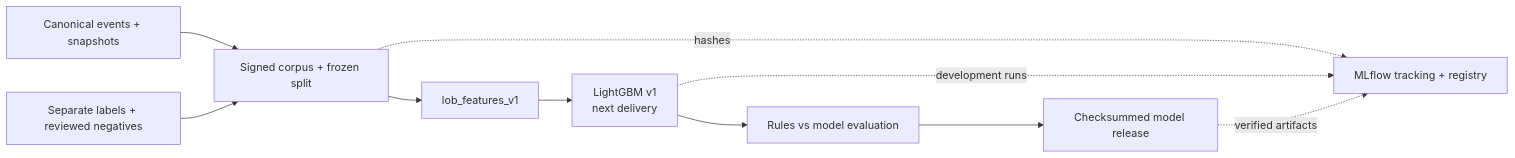
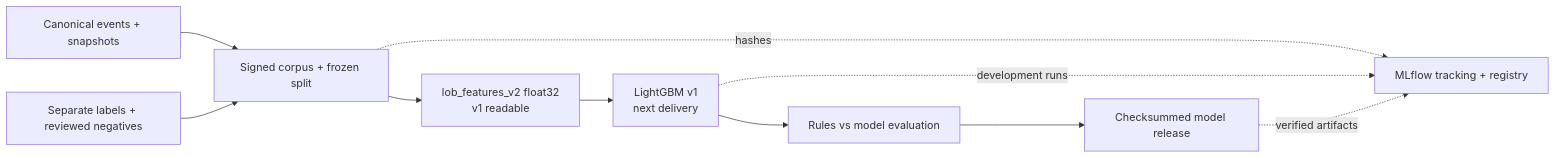
The third of 3 diagrams in docs/runtime-model.md (khab40/lob-arena), drawn with Mermaid before and after one commit. The commit also changed 34 other files, not shown here.

Commit message:
feat(ml): add governed float32 feature schema v2

````diff
--- a/docs/runtime-model.md
+++ b/docs/runtime-model.md
@@ -217,21 +217,21 @@
 ```mermaid
 graph LR
     Events["Canonical events + snapshots"]
     Truth["Separate labels + reviewed negatives"]
     Corpus["Signed corpus + frozen split"]
-    Features["lob_features_v1"]
+    Features["lob_features_v2 float32<br/>v1 readable"]
     Model["LightGBM v1<br/>next delivery"]
     Evaluation["Rules vs model evaluation"]
     Release["Checksummed model release"]
     MLflow["MLflow tracking + registry"]
 
     Events --> Corpus
     Truth --> Corpus
     Corpus --> Features
     Features --> Model
     Model --> Evaluation
     Evaluation --> Release
     Corpus -. "hashes" .-> MLflow
     Model -. "development runs" .-> MLflow
     Release -. "verified artifacts" .-> MLflow
 ```
````
